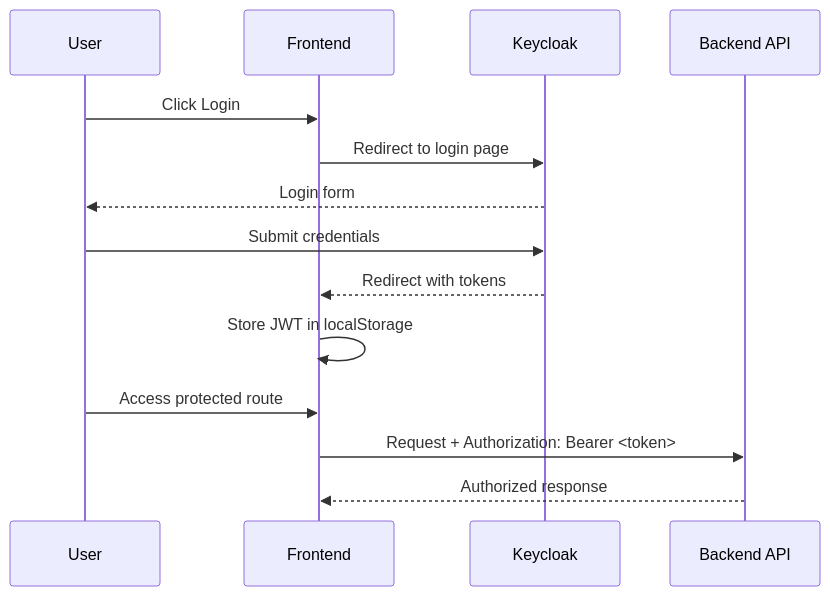
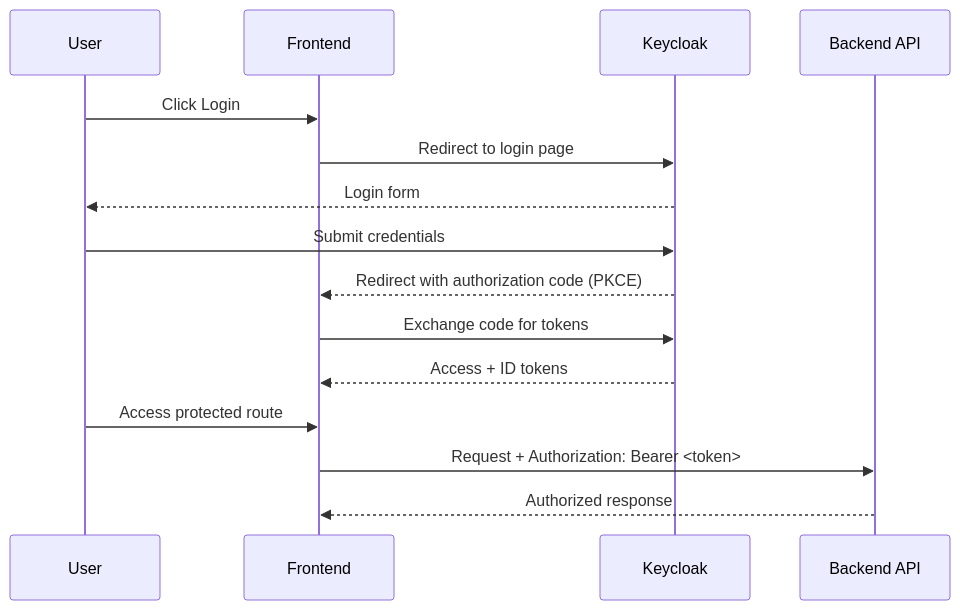
One commit to wilddog64/shopping-cart-frontend changed the second of 2 diagrams in docs/architecture/README.md. Above: the diagram before and after it, drawn with Mermaid. The commit also changed other lines of this file and 1 other file, not shown here.

Commit message:
docs: fix Copilot findings — nginx proxy label, PKCE flow, react-oidc-context label, remove localStorage prescription

````diff
--- a/docs/architecture/README.md
+++ b/docs/architecture/README.md
@@ -33,17 +33,18 @@
 ```mermaid
 sequenceDiagram
     participant U as User
     participant FE as Frontend
     participant KC as Keycloak
     participant API as Backend API
 
     U->>FE: Click Login
     FE->>KC: Redirect to login page
     KC-->>U: Login form
     U->>KC: Submit credentials
-    KC-->>FE: Redirect with tokens
-    FE->>FE: Store JWT in localStorage
+    KC-->>FE: Redirect with authorization code (PKCE)
+    FE->>KC: Exchange code for tokens
+    KC-->>FE: Access + ID tokens
     U->>FE: Access protected route
     FE->>API: Request + Authorization: Bearer <token>
     API-->>FE: Authorized response
 ```
````
